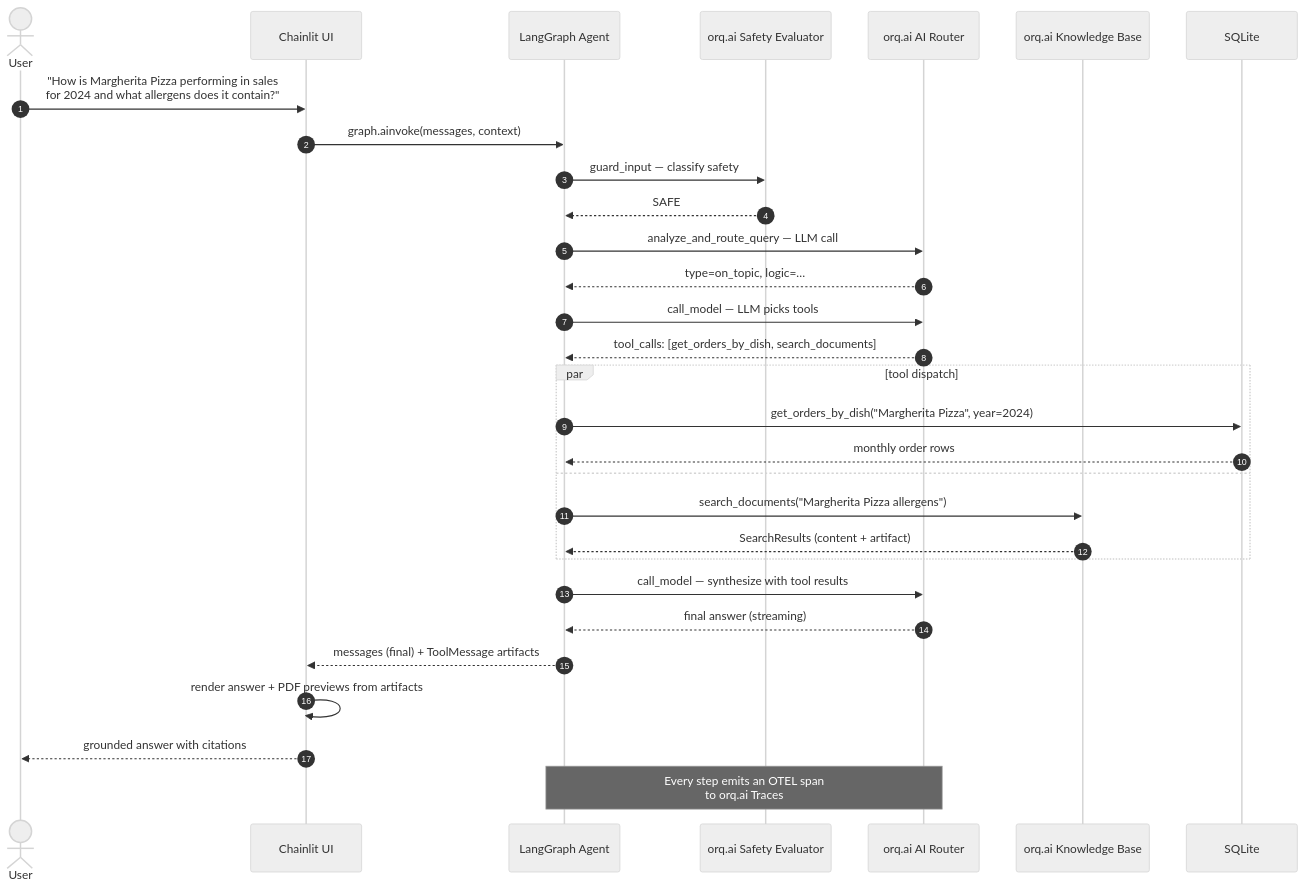
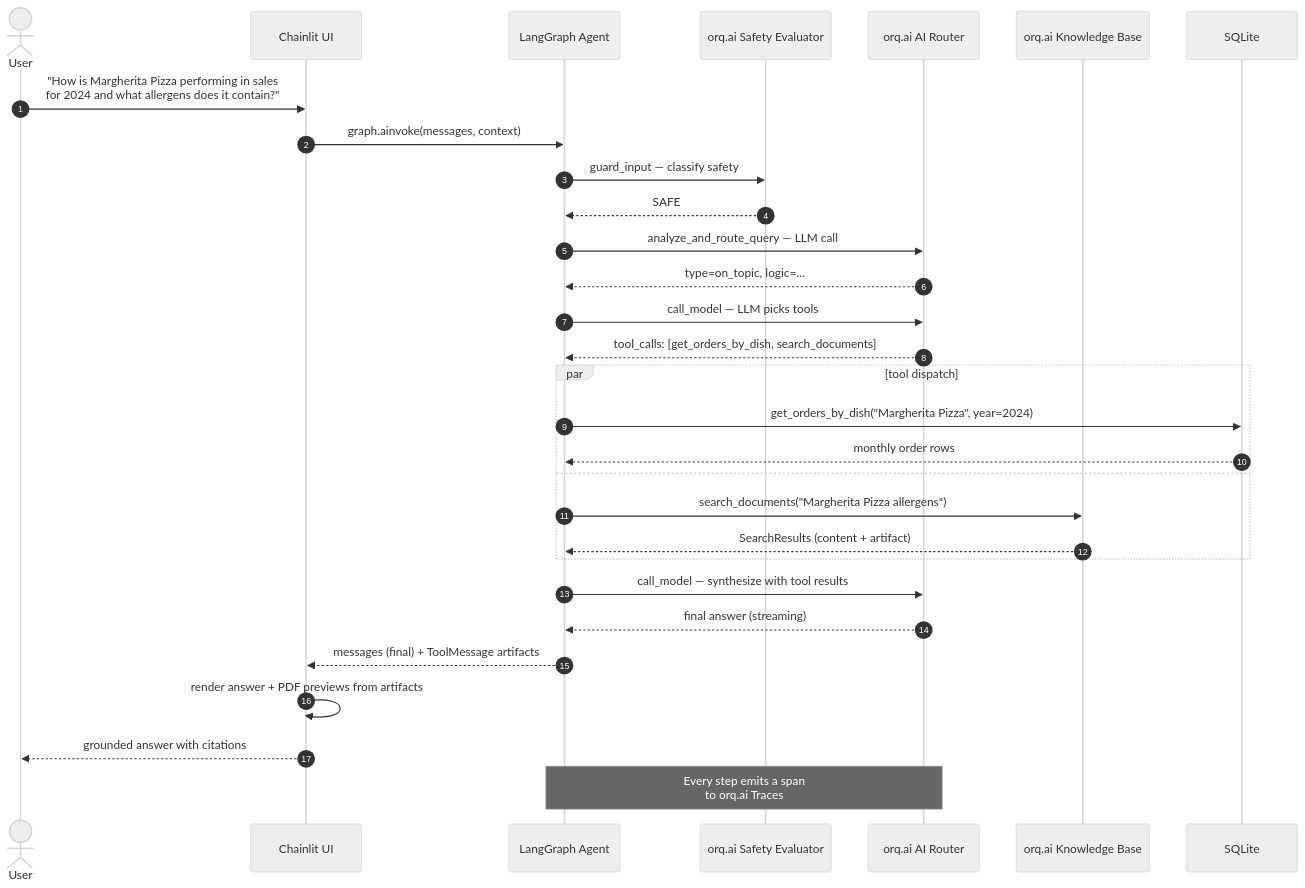
Before and after one commit to orq-ai/orq-langgraph-demo: the second of 2 diagrams in ARCHITECTURE.md, drawn with Mermaid (neutral theme). The commit also changed other lines of this file and 4 other files, not shown here.

````diff
--- a/ARCHITECTURE.md
+++ b/ARCHITECTURE.md
@@ -108,40 +111,40 @@
 ```mermaid
 sequenceDiagram
     autonumber
     actor User
     participant Chainlit as Chainlit UI
     participant Graph as LangGraph Agent
     participant OrqEval as orq.ai Safety Evaluator
     participant Router as orq.ai AI Router
     participant KB as orq.ai Knowledge Base
     participant SQL as SQLite
 
     User->>Chainlit: "How is Margherita Pizza performing in sales<br/>for 2024 and what allergens does it contain?"
     Chainlit->>Graph: graph.ainvoke(messages, context)
 
     Graph->>OrqEval: guard_input — classify safety
     OrqEval-->>Graph: SAFE
 
     Graph->>Router: analyze_and_route_query — LLM call
     Router-->>Graph: type=on_topic, logic=…
 
     Graph->>Router: call_model — LLM picks tools
     Router-->>Graph: tool_calls: [get_orders_by_dish, search_documents]
 
     par tool dispatch
         Graph->>SQL: get_orders_by_dish("Margherita Pizza", year=2024)
         SQL-->>Graph: monthly order rows
     and
         Graph->>KB: search_documents("Margherita Pizza allergens")
         KB-->>Graph: SearchResults (content + artifact)
     end
 
     Graph->>Router: call_model — synthesize with tool results
     Router-->>Graph: final answer (streaming)
 
     Graph-->>Chainlit: messages (final) + ToolMessage artifacts
     Chainlit->>Chainlit: render answer + PDF previews from artifacts
     Chainlit-->>User: grounded answer with citations
 
-    Note over Graph,Router: Every step emits an OTEL span<br/>to orq.ai Traces
+    Note over Graph,Router: Every step emits a span<br/>to orq.ai Traces
 ```
````
